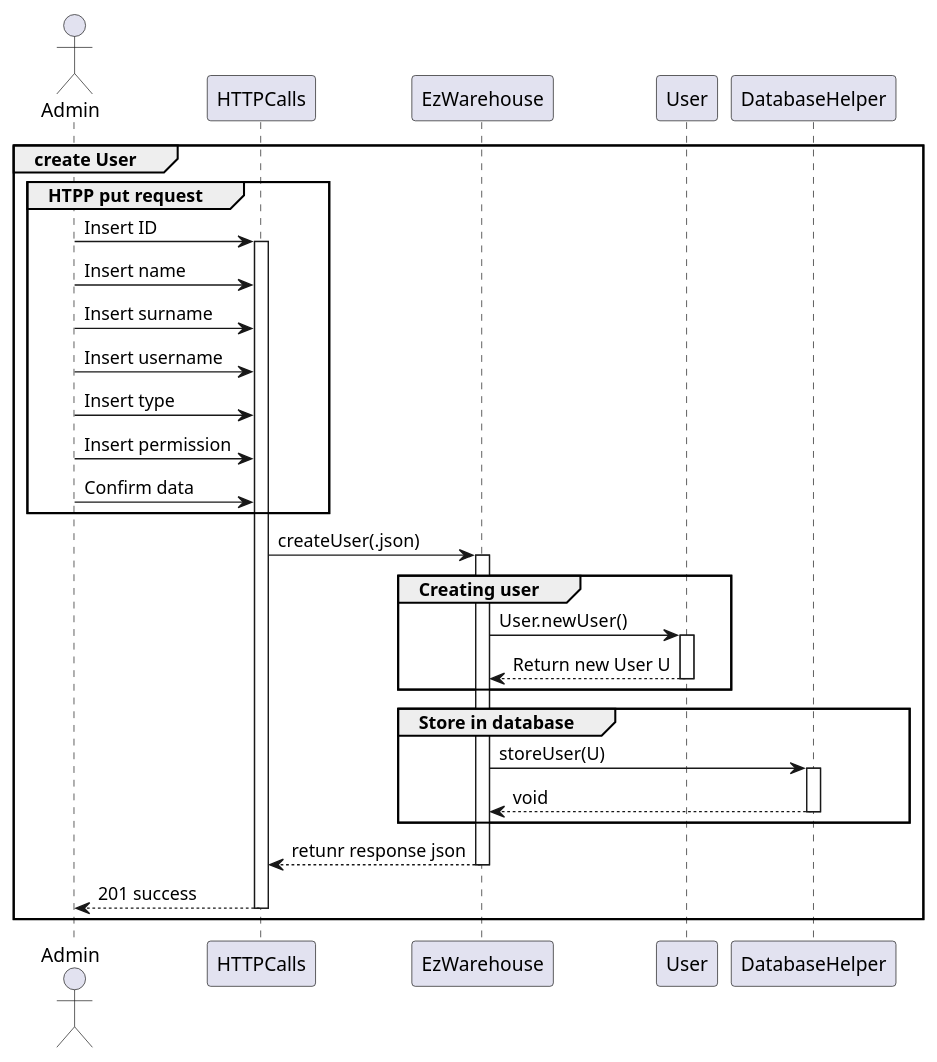
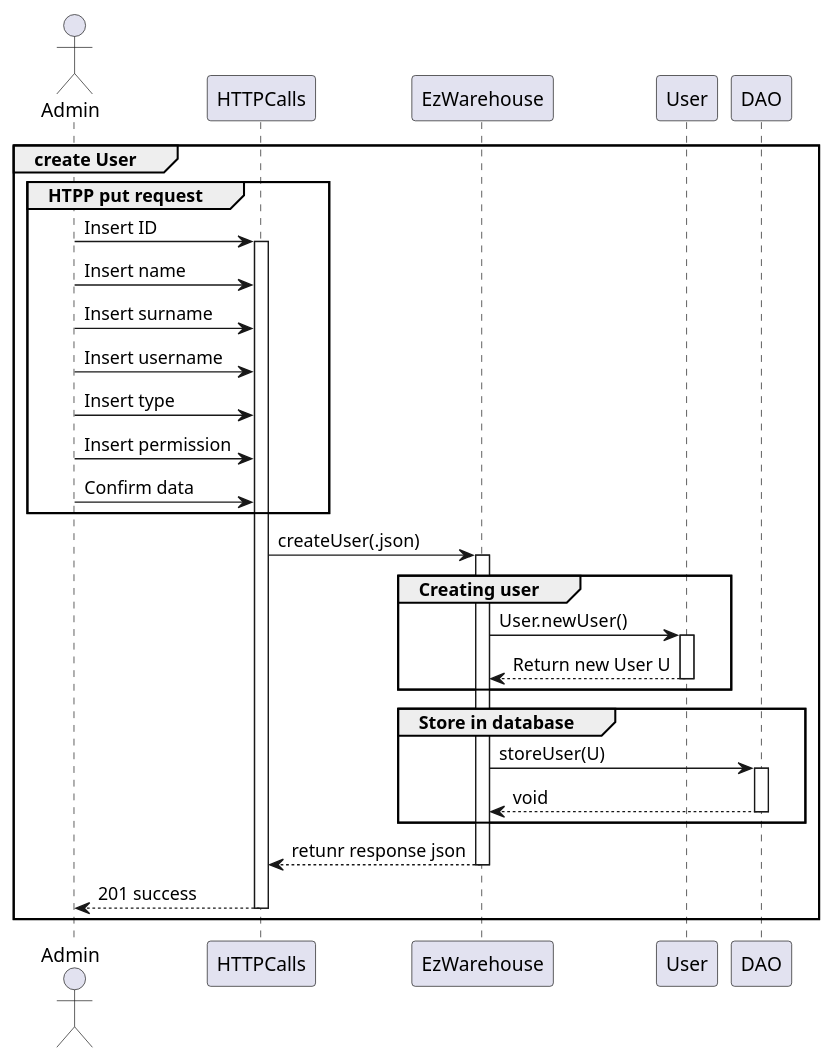
The ninth of 19 diagrams in DESIGN PART/DesignDocument.md (DavideArcolini/SoftEng_garbageCollector), drawn with PlantUML before and after one commit. The commit also changed other lines of this file, not shown here.

````diff
--- a/DESIGN PART/DesignDocument.md
+++ b/DESIGN PART/DesignDocument.md
@@ -616,42 +547,42 @@
 ```plantuml
 actor Admin 
 participant HTTPCalls
 participant EzWarehouse
 participant User
-participant DatabaseHelper
+participant DAO
 
 group create User
 group HTPP put request
 Admin->HTTPCalls: Insert ID
 activate HTTPCalls
 Admin->HTTPCalls: Insert name
 Admin->HTTPCalls: Insert surname
 Admin->HTTPCalls: Insert username
 Admin->HTTPCalls: Insert type
 Admin->HTTPCalls: Insert permission
 Admin->HTTPCalls: Confirm data
 end
 
 HTTPCalls->EzWarehouse: createUser(.json)
 
 group Creating user
 activate EzWarehouse
 EzWarehouse->User: User.newUser()
 activate User
 User-->EzWarehouse: Return new User U
 deactivate User
 end
 
 group Store in database
-EzWarehouse->DatabaseHelper: storeUser(U)
-activate DatabaseHelper
-DatabaseHelper-->EzWarehouse: void
-deactivate DatabaseHelper
+EzWarehouse->DAO: storeUser(U)
+activate DAO
+DAO-->EzWarehouse: void
+deactivate DAO
 end
 
 EzWarehouse-->HTTPCalls: retunr response json
 deactivate EzWarehouse
 HTTPCalls-->Admin: 201 success
 deactivate HTTPCalls
 end
 ```
````
